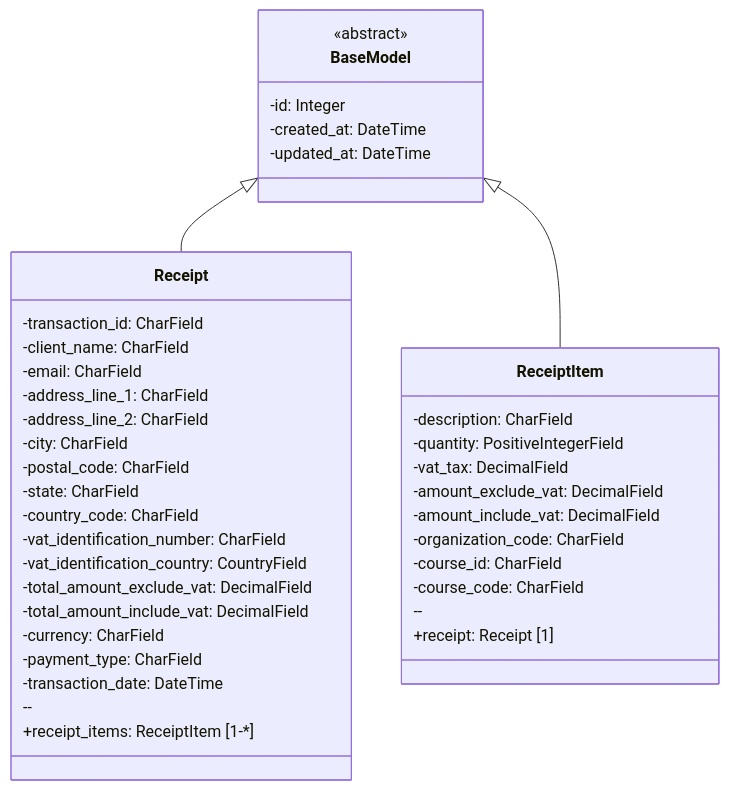
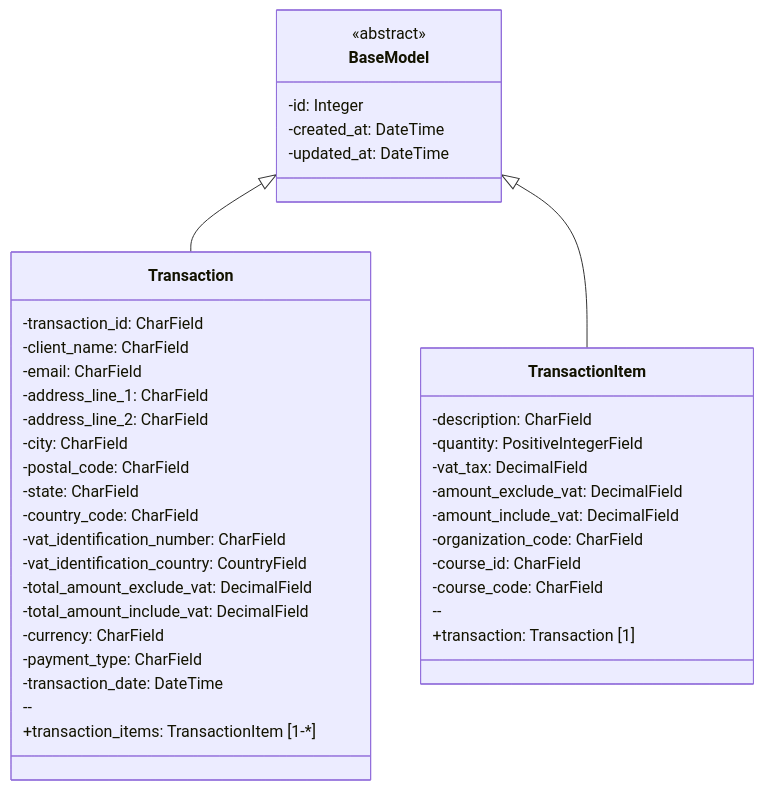
The diagram in apps/billing/README.md (fccn/nau-financial-manager), drawn with Mermaid before and after one commit. The commit also changed other lines of this file and 10 other files, not shown here.

Commit message:
refactor: rename Receipt to Transaction on entire project

````diff
--- a/apps/billing/README.md
+++ b/apps/billing/README.md
@@ -8,43 +8,43 @@
 ```mermaid
 classDiagram
     class BaseModel {
         <<abstract>>
         -id: Integer
         -created_at: DateTime
         -updated_at: DateTime
     }
-    class Receipt {
+    class Transaction {
         -transaction_id: CharField
         -client_name: CharField
         -email: CharField
         -address_line_1: CharField
         -address_line_2: CharField
         -city: CharField
         -postal_code: CharField
         -state: CharField
         -country_code: CharField
         -vat_identification_number: CharField
         -vat_identification_country: CountryField
         -total_amount_exclude_vat: DecimalField
         -total_amount_include_vat: DecimalField
         -currency: CharField
         -payment_type: CharField
         -transaction_date: DateTime
         --
-        +receipt_items: ReceiptItem [1-*]
+        +transaction_items: TransactionItem [1-*]
     }
-    class ReceiptItem {
+    class TransactionItem {
         -description: CharField
         -quantity: PositiveIntegerField
         -vat_tax: DecimalField
         -amount_exclude_vat: DecimalField
         -amount_include_vat: DecimalField
         -organization_code: CharField
         -course_id: CharField
         -course_code: CharField
         --
-        +receipt: Receipt [1]
+        +transaction: Transaction [1]
     }
-    BaseModel <|-- Receipt
-    BaseModel <|-- ReceiptItem
+    BaseModel <|-- Transaction
+    BaseModel <|-- TransactionItem
 ```
````
